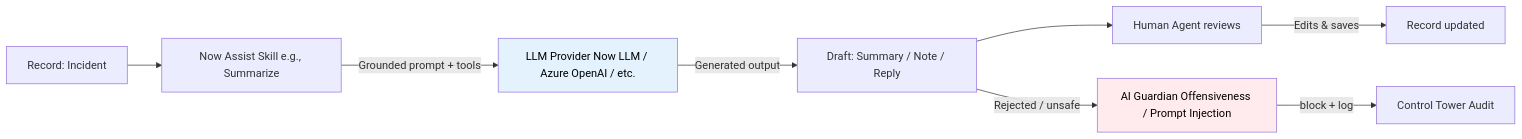
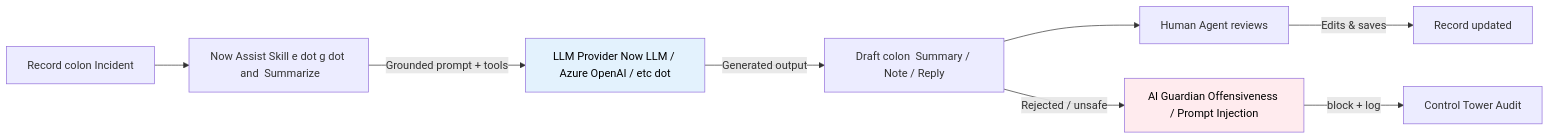
One commit to eltonaguiar/ServiceNow_Learning_TSOM-_CSM_FSM_SalesCRM_HAM_ITSM changed the third of 6 diagrams in docs/modules/ai/ai-guide.md. Above: the diagram before and after it, drawn with Mermaid. The commit also changed other lines of this file and 19 other files, not shown here.

Commit message:
Fix all Mermaid diagram special characters - replace dollar, parens, slashes, quotes, pipes, nested brackets and other unsafe chars inside brackets with safe alternatives across 19 files

````diff
--- a/docs/modules/ai/ai-guide.md
+++ b/docs/modules/ai/ai-guide.md
@@ -1121,13 +1121,13 @@
 ```mermaid
 flowchart LR
-    Rec[Record: Incident] --> Skill[Now Assist Skill e.g., Summarize]
-    Skill -->|Grounded prompt + tools| LLM[LLM Provider Now LLM / Azure OpenAI / etc.]
-    LLM -->|Generated output| Out[Draft: Summary / Note / Reply]
+    Rec[Record colon  Incident] --> Skill[Now Assist Skill e dot g dot  and  Summarize]
+    Skill -->|Grounded prompt + tools| LLM[LLM Provider Now LLM / Azure OpenAI / etc dot ]
+    LLM -->|Generated output| Out[Draft colon  Summary / Note / Reply]
     Out --> Agent[Human Agent reviews]
     Agent -->|Edits & saves| Rec2[Record updated]
     Out -->|Rejected / unsafe| Guardian[AI Guardian Offensiveness / Prompt Injection]
     Guardian -->|block + log| Alert[Control Tower Audit]
 
     style LLM fill:#e3f2fd,color:#000
     style Guardian fill:#ffebee,color:#000
 ```
````
